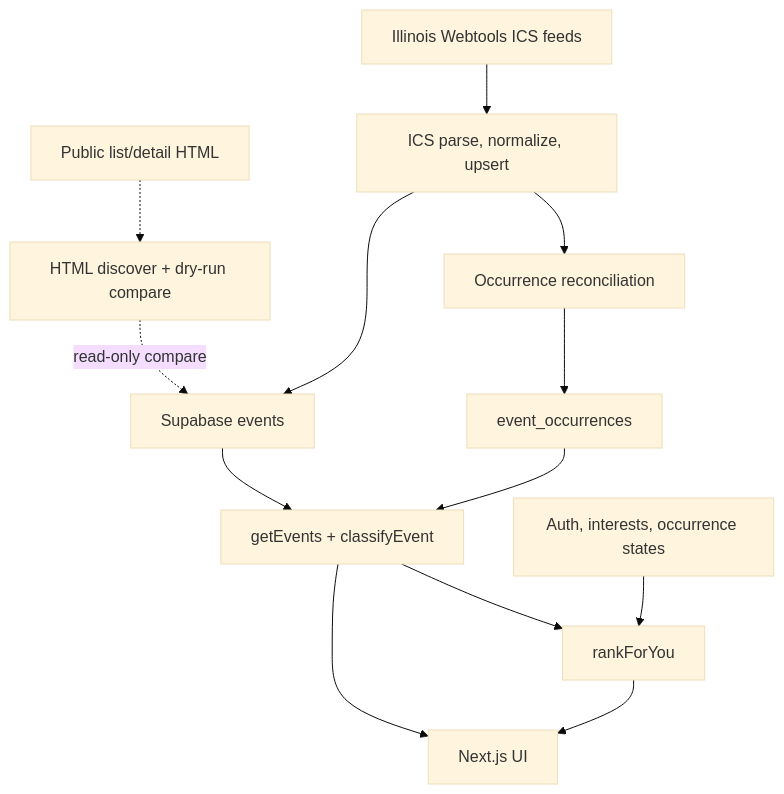
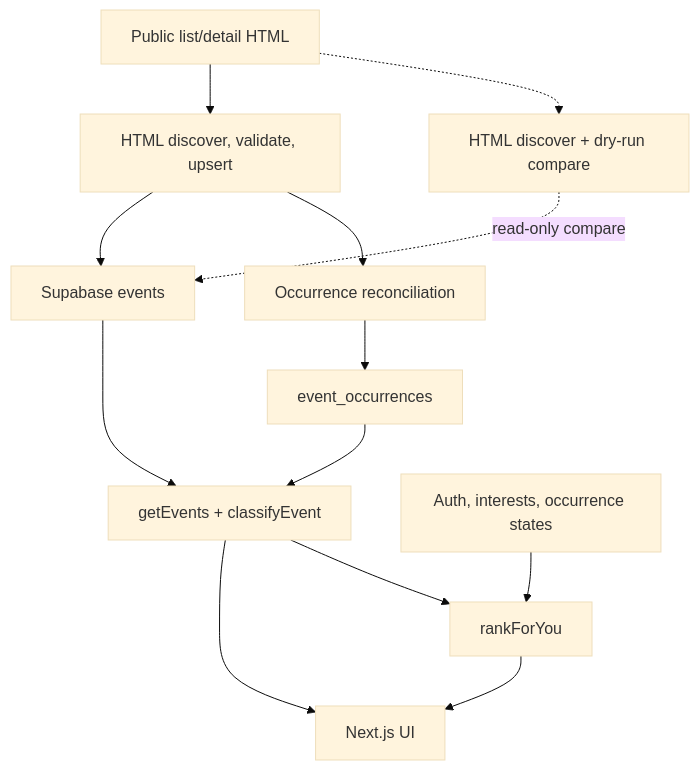
One commit to vkhemka7/campus-radar changed the diagram in README.md. Above: the diagram before and after it, drawn with Mermaid (base theme). The commit also changed other lines of this file and 7 other files, not shown here.

Commit message:
Cut Webtools production ingestion over to HTML

````diff
--- a/README.md
+++ b/README.md
@@ -33,24 +31,23 @@
 ```mermaid
 flowchart TD
-  ics["Illinois Webtools ICS feeds"]
   html["Public list/detail HTML"]
-  collect["ICS parse, normalize, upsert"]
+  collect["HTML discover, validate, upsert"]
   dry["HTML discover + dry-run compare"]
   events["Supabase events"]
   recon["Occurrence reconciliation"]
   occ["event_occurrences"]
   browse["getEvents + classifyEvent"]
   users["Auth, interests, occurrence states"]
   foryou["rankForYou"]
   ui["Next.js UI"]
 
-  ics --> collect --> events
+  html --> collect --> events
   collect --> recon --> occ
   html -.-> dry
   dry -.->|"read-only compare"| events
   events --> browse
   occ --> browse
   browse --> ui
   users --> foryou
   browse --> foryou --> ui
 ```
````
